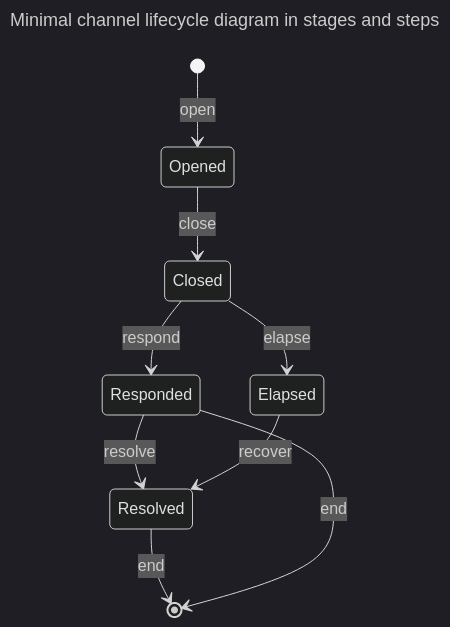
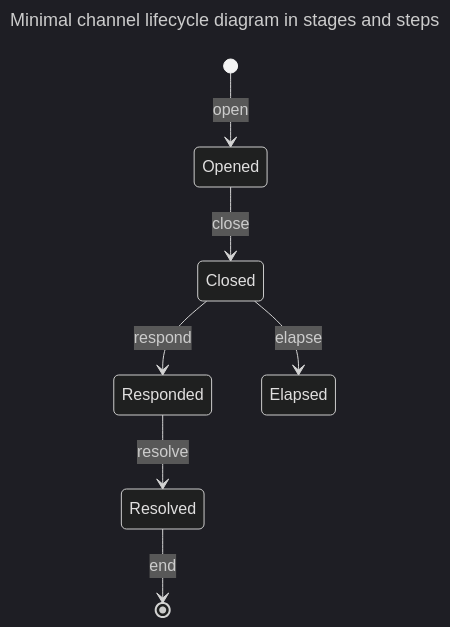
Before and after one commit to colll78/cardano-lightning: the diagram in docs/adrs/minimal-lifecycle.md, drawn with Mermaid (dark theme). The commit also changed other lines of this file and 1 other file, not shown here.

````diff
--- a/docs/adrs/minimal-lifecycle.md
+++ b/docs/adrs/minimal-lifecycle.md
@@ -62,22 +62,31 @@
 ```mermaid
 ---
 title: Minimal channel lifecycle diagram in stages and steps
 ---
+%% FIXME :: mermaid rendering issues with arrow from an to the same node
+%% These are commented out for now.
+%% see https://github.com/mermaid-js/mermaid/issues/5820
 stateDiagram-v2
+    Opened
+    Closed
+    Responded
+    Elapsed
+    Resolved
+
     [*] --> Opened : open
     %% Opened --> Opened : add
     Opened --> Closed : close
     Closed --> Responded : respond
+    Responded --> Resolved : resolve
     Resolved --> [*] : end
-    Responded --> Resolved : resolve
 
     Closed --> Elapsed : elapse
-    Elapsed --> Resolved : recover
+    %% Elapsed --> Elapsed : recover
 
-    Responded --> [*] : end
+    %% Responded --> [*] : end
 
     %% Closed --> Closed : free
     %% Resolved --> Resolved : free
     %% Responded --> Responded : free
     %% Elapsed --> Elapsed : free
 ```
````
